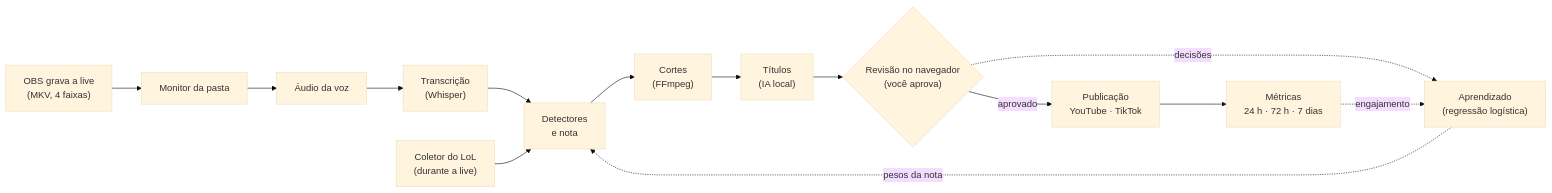
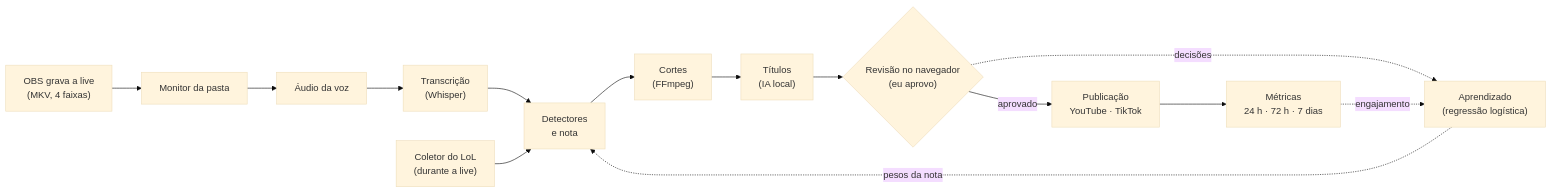
The diagram in README.md (Fermontelos/Clipador), drawn with Mermaid (base theme) before and after one commit. The commit also changed other lines of this file and 29 other files, not shown here.

````diff
--- a/README.md
+++ b/README.md
@@ -43,13 +45,13 @@
 ```mermaid
 flowchart LR
   OBS["OBS grava a live<br/>(MKV, 4 faixas)"] --> MON["Monitor da pasta"]
   MON --> AUD["Áudio da voz"] --> TRA["Transcrição<br/>(Whisper)"] --> DET["Detectores<br/>e nota"]
   LOL["Coletor do LoL<br/>(durante a live)"] --> DET
   DET --> COR["Cortes<br/>(FFmpeg)"] --> TIT["Títulos<br/>(IA local)"]
-  TIT --> REV{"Revisão no navegador<br/>(você aprova)"}
+  TIT --> REV{"Revisão no navegador<br/>(eu aprovo)"}
   REV -->|aprovado| PUB["Publicação<br/>YouTube · TikTok"]
   PUB --> MET["Métricas<br/>24 h · 72 h · 7 dias"]
   REV -. decisões .-> APR["Aprendizado<br/>(regressão logística)"]
   MET -. engajamento .-> APR
   APR -. pesos da nota .-> DET
 ```
````
